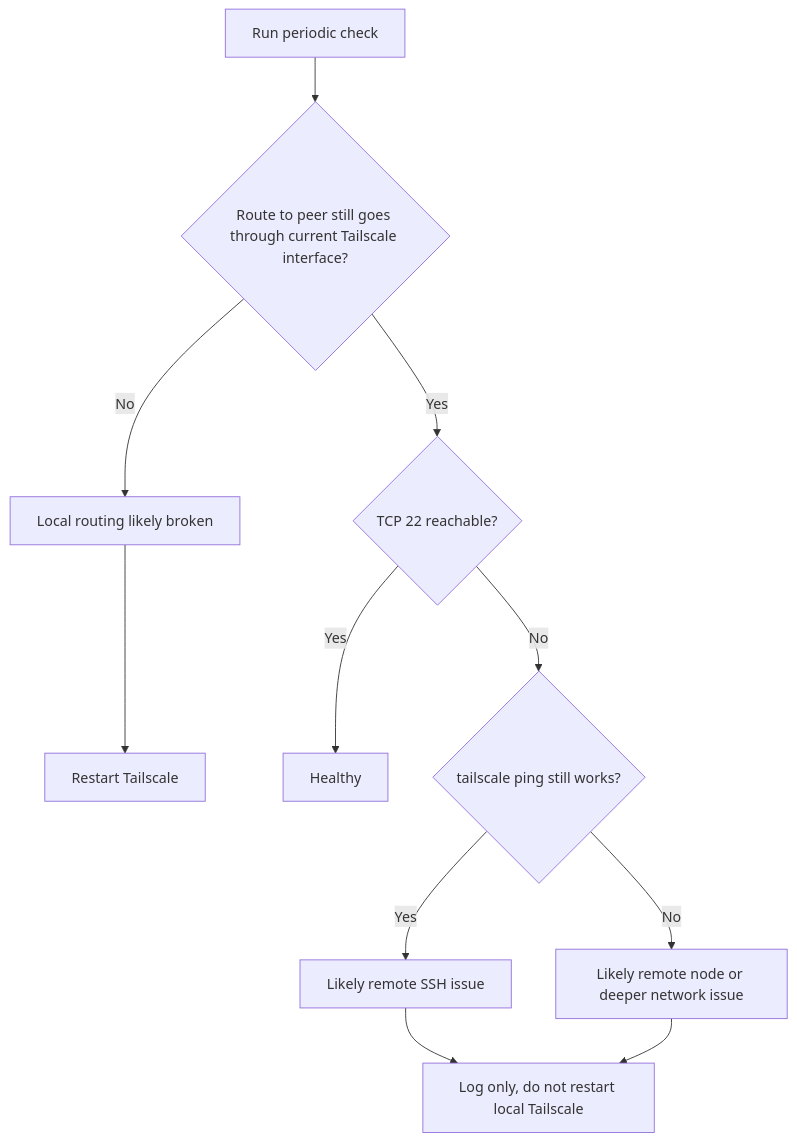
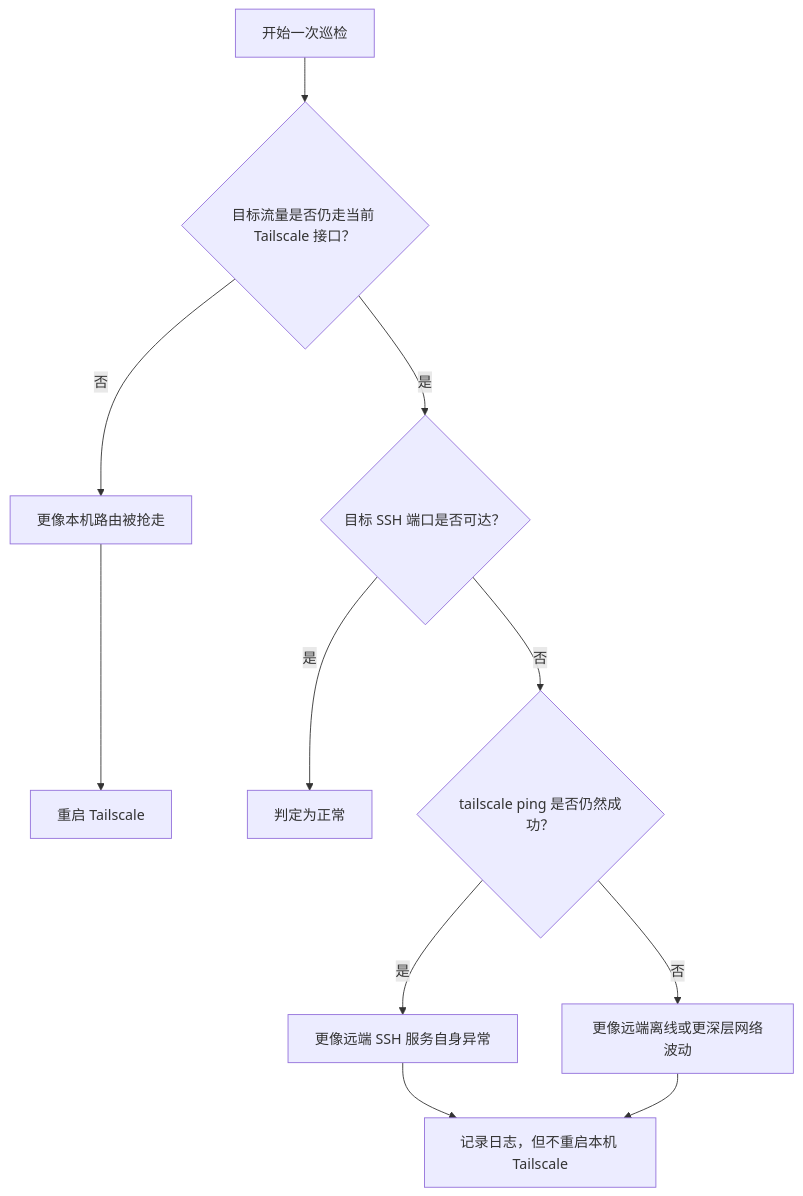
One commit to KaiXinChaoRen1/tailscale-shadowrocket-ssh-heal changed the diagram in README.md. Above: the diagram before and after it, drawn with Mermaid. The commit also changed other lines of this file, not shown here.

````diff
--- a/README.md
+++ b/README.md
@@ -35,13 +52,13 @@
 ```mermaid
 flowchart TD
-    A["Run periodic check"] --> B{"Route to peer still goes through current Tailscale interface?"}
-    B -- "No" --> C["Local routing likely broken"]
-    C --> D["Restart Tailscale"]
-    B -- "Yes" --> E{"TCP 22 reachable?"}
-    E -- "Yes" --> F["Healthy"]
-    E -- "No" --> G{"tailscale ping still works?"}
-    G -- "Yes" --> H["Likely remote SSH issue"]
-    G -- "No" --> I["Likely remote node or deeper network issue"]
-    H --> J["Log only, do not restart local Tailscale"]
+    A["开始一次巡检"] --> B{"目标流量是否仍走当前 Tailscale 接口？"}
+    B -- "否" --> C["更像本机路由被抢走"]
+    C --> D["重启 Tailscale"]
+    B -- "是" --> E{"目标 SSH 端口是否可达？"}
+    E -- "是" --> F["判定为正常"]
+    E -- "否" --> G{"tailscale ping 是否仍然成功？"}
+    G -- "是" --> H["更像远端 SSH 服务自身异常"]
+    G -- "否" --> I["更像远端离线或更深层网络波动"]
+    H --> J["记录日志，但不重启本机 Tailscale"]
     I --> J
 ```
````
